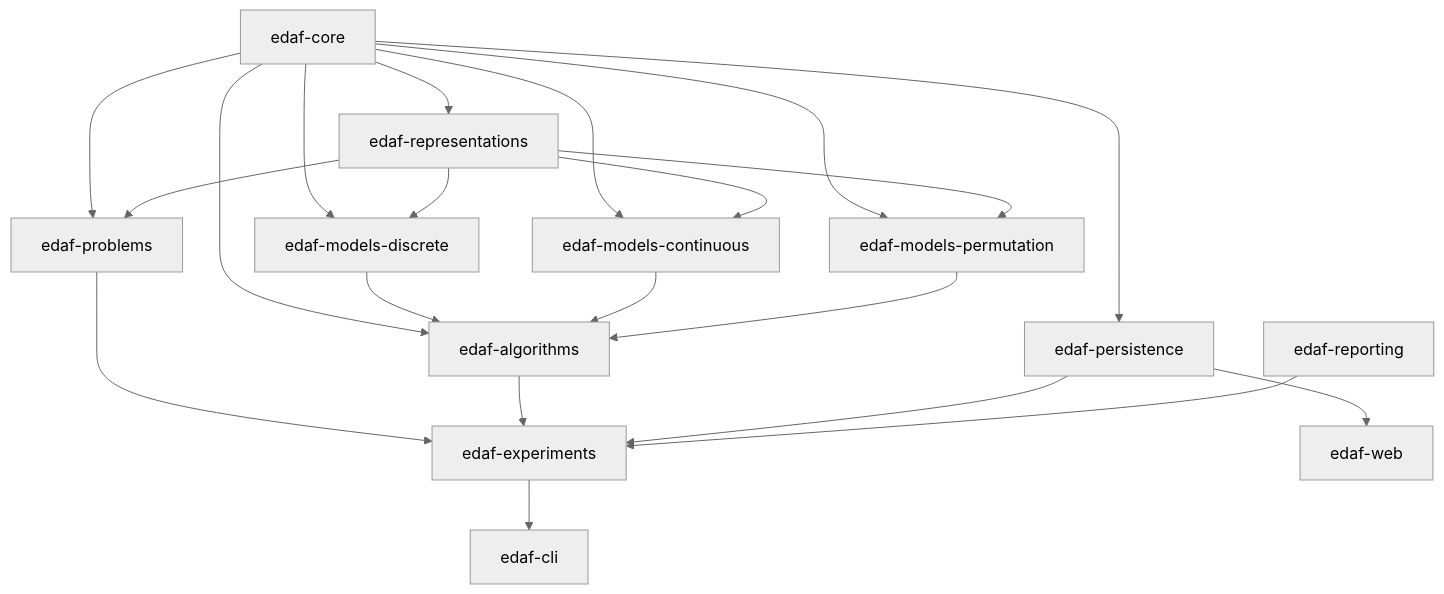
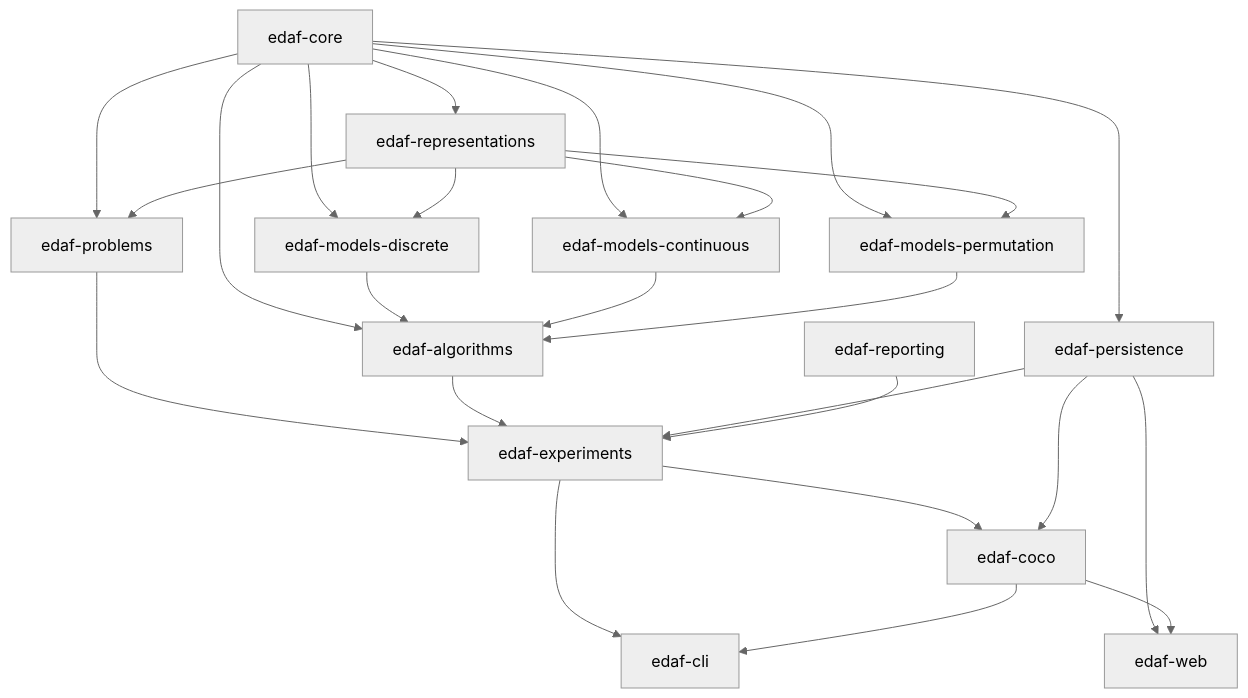
The first of 2 diagrams in docs/architecture.md (KarloKnezevic/EDAF), drawn with Mermaid (neutral theme) before and after one commit. The commit also changed other lines of this file and 72 other files, not shown here.

````diff
--- a/docs/architecture.md
+++ b/docs/architecture.md
@@ -7,40 +7,45 @@
 ```mermaid
 graph TD
     CORE["edaf-core"]
     REPR["edaf-representations"]
     MD["edaf-models-discrete"]
     MC["edaf-models-continuous"]
     MP["edaf-models-permutation"]
     PROB["edaf-problems"]
     ALG["edaf-algorithms"]
     PERSIST["edaf-persistence"]
     REPORT["edaf-reporting"]
     EXP["edaf-experiments"]
+    COCO["edaf-coco"]
     CLI["edaf-cli"]
     WEB["edaf-web"]
 
     CORE --> REPR
     CORE --> MD
     CORE --> MC
     CORE --> MP
     CORE --> PROB
     CORE --> ALG
     CORE --> PERSIST
 
     REPR --> PROB
     REPR --> MD
     REPR --> MC
     REPR --> MP
 
     MD --> ALG
     MC --> ALG
     MP --> ALG
 
     PROB --> EXP
     ALG --> EXP
     PERSIST --> EXP
     REPORT --> EXP
+    EXP --> COCO
+    PERSIST --> COCO
 
     EXP --> CLI
+    COCO --> CLI
     PERSIST --> WEB
+    COCO --> WEB
 ```
````
